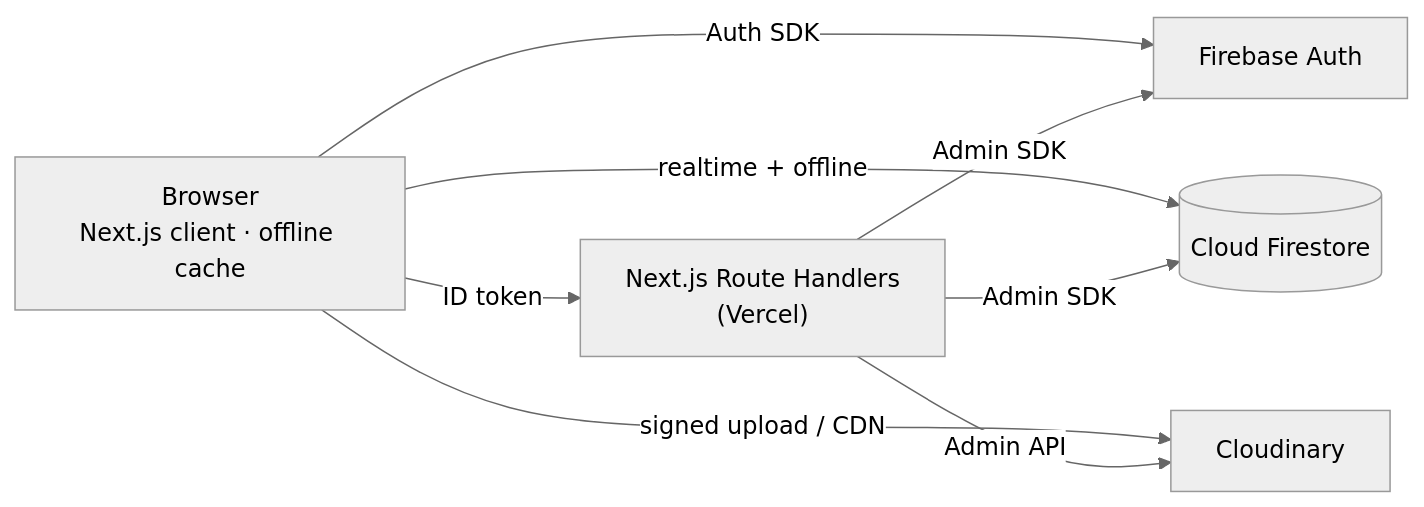
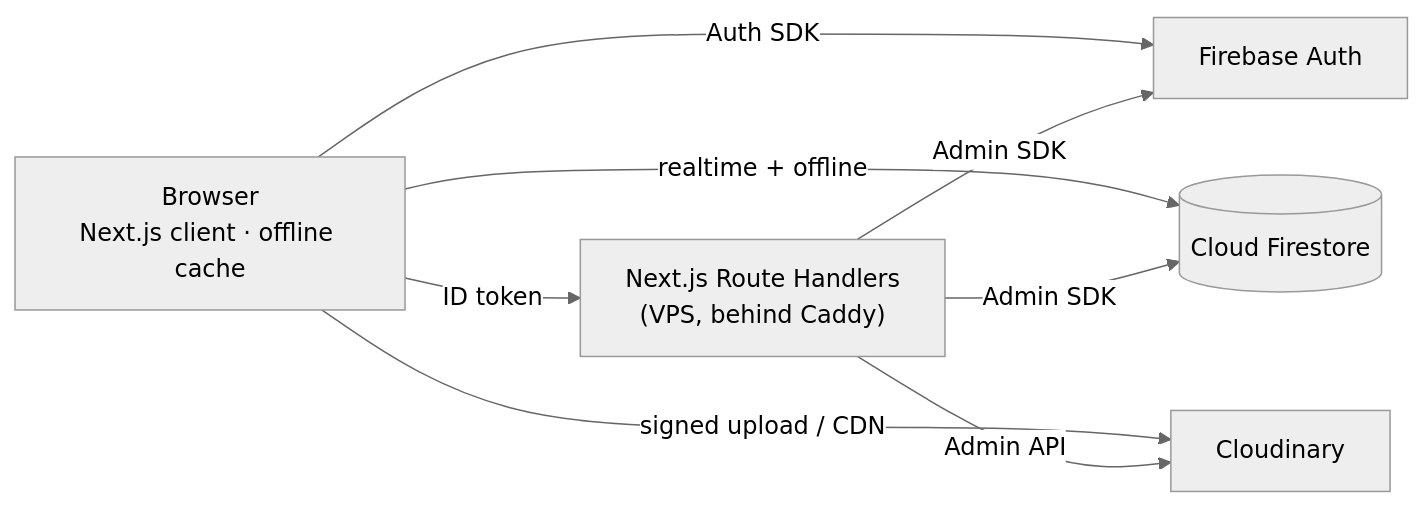
One commit to redwanhasan980/Family-Tree changed the diagram in README.md. Above: the diagram before and after it, drawn with Mermaid (neutral theme). The commit also changed other lines of this file and 8 other files, not shown here.

First line of the commit message:
docs: switch hosting from Vercel to the owner's Contabo VPS

````diff
--- a/README.md
+++ b/README.md
@@ -84,10 +84,10 @@
 ```mermaid
 flowchart LR
     B["Browser<br/>Next.js client · offline cache"] -->|Auth SDK| A[Firebase Auth]
     B -->|realtime + offline| F[(Cloud Firestore)]
     B -->|signed upload / CDN| C[Cloudinary]
-    B -->|ID token| S["Next.js Route Handlers<br/>(Vercel)"]
+    B -->|ID token| S["Next.js Route Handlers<br/>(VPS, behind Caddy)"]
     S -->|Admin SDK| A
     S -->|Admin SDK| F
     S -->|Admin API| C
 ```
````
